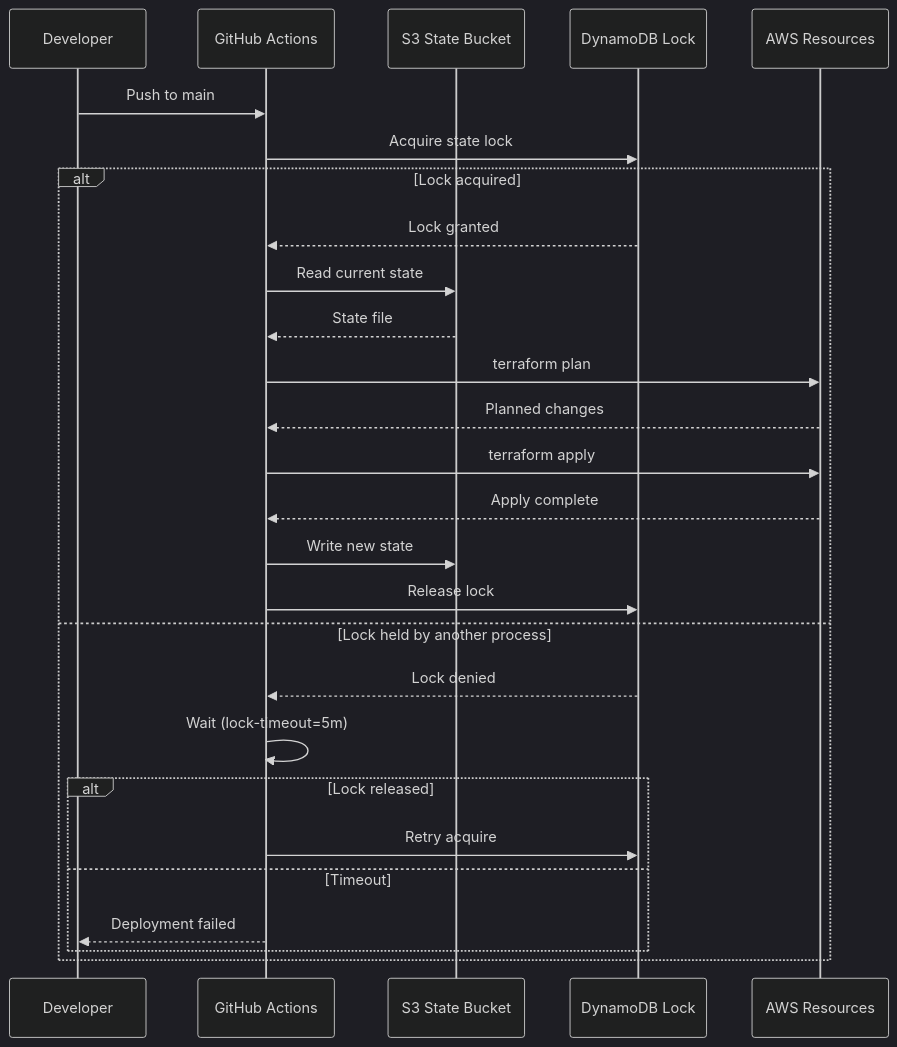
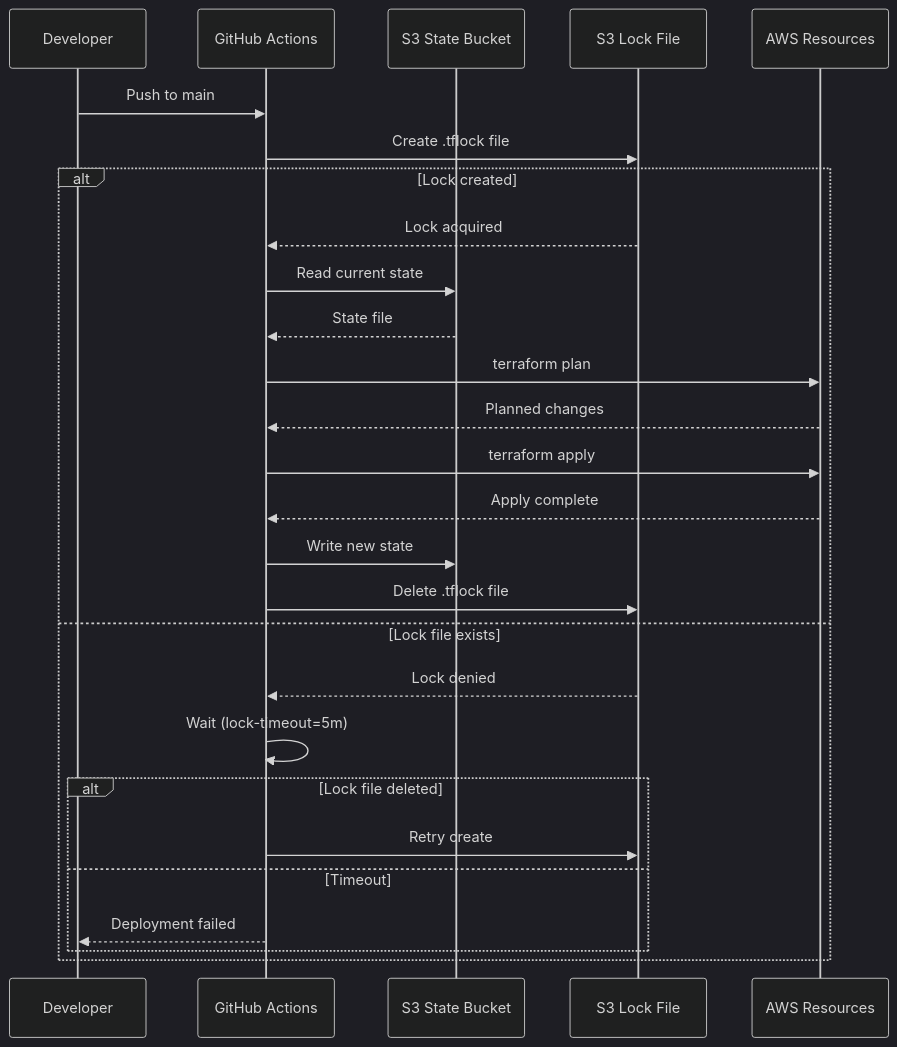
The third of 9 diagrams in docs/TERRAFORM_DEPLOYMENT_FLOW.md (traylorre/sentiment-analyzer-gsk), drawn with Mermaid (dark theme) before and after one commit. The commit also changed other lines of this file and 12 other files, not shown here.

First line of the commit message:
docs: Update all diagrams and documentation for S3 native locking

````diff
--- a/docs/TERRAFORM_DEPLOYMENT_FLOW.md
+++ b/docs/TERRAFORM_DEPLOYMENT_FLOW.md
@@ -96,31 +93,31 @@
 ```mermaid
 sequenceDiagram
     participant Dev as Developer
     participant GH as GitHub Actions
     participant S3 as S3 State Bucket
-    participant DDB as DynamoDB Lock
+    participant Lock as S3 Lock File
     participant AWS as AWS Resources
 
     Dev->>GH: Push to main
-    GH->>DDB: Acquire state lock
+    GH->>Lock: Create .tflock file
 
-    alt Lock acquired
-        DDB-->>GH: Lock granted
+    alt Lock created
+        Lock-->>GH: Lock acquired
         GH->>S3: Read current state
         S3-->>GH: State file
         GH->>AWS: terraform plan
         AWS-->>GH: Planned changes
         GH->>AWS: terraform apply
         AWS-->>GH: Apply complete
         GH->>S3: Write new state
-        GH->>DDB: Release lock
-    else Lock held by another process
-        DDB-->>GH: Lock denied
+        GH->>Lock: Delete .tflock file
+    else Lock file exists
+        Lock-->>GH: Lock denied
         GH->>GH: Wait (lock-timeout=5m)
-        alt Lock released
-            GH->>DDB: Retry acquire
+        alt Lock file deleted
+            GH->>Lock: Retry create
         else Timeout
             GH-->>Dev: Deployment failed
         end
     end
 ```
````
